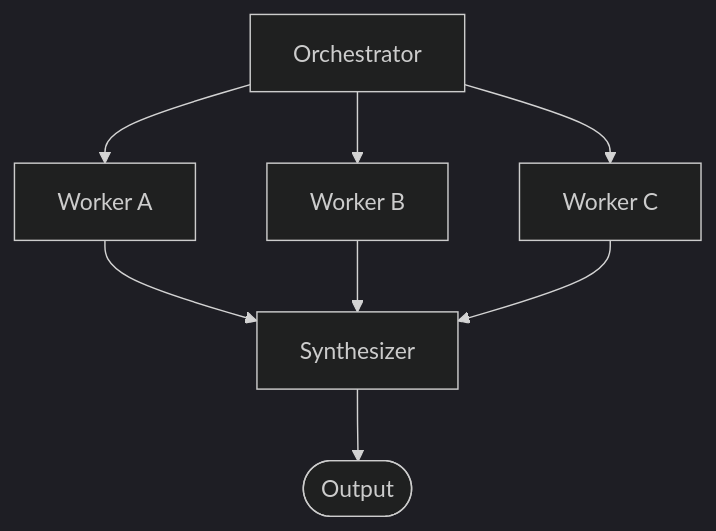
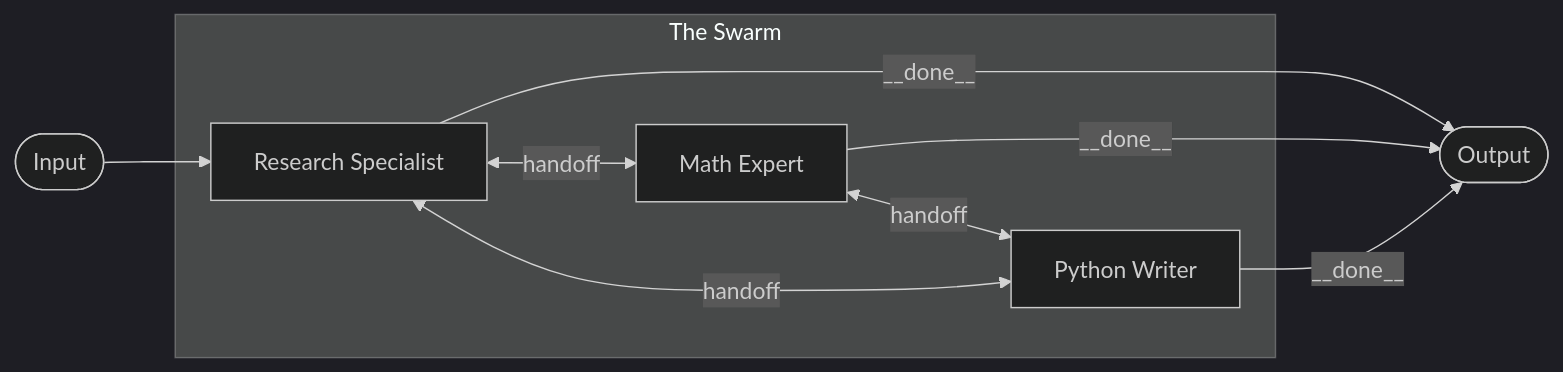
One commit to wmcmahan/mc-ai changed the diagram in apps/docs/src/content/docs/patterns/swarm.md. Above: the diagram before and after it, drawn with Mermaid (dark theme). The commit also changed other lines of this file and 38 other files, not shown here.

````diff
--- a/apps/docs/src/content/docs/patterns/swarm.md
+++ b/apps/docs/src/content/docs/patterns/swarm.md
@@ -12,10 +12,14 @@
 ```mermaid
-flowchart TB
-    Orch["Orchestrator"] --> A["Worker A"]
-    Orch --> B["Worker B"]
-    Orch --> C["Worker C"]
-    A --> Synth["Synthesizer"]
-    B --> Synth
-    C --> Synth
-    Synth --> Output(["Output"])
+flowchart LR
+    Start(["Input"]) --> A
+
+    subgraph The Swarm
+        A["Research Specialist"] <-->|handoff| B["Math Expert"]
+        B <-->|handoff| C["Python Writer"]
+        A <-->|handoff| C
+    end
+
+    A -->|"__done__"| Done(["Output"])
+    B -->|"__done__"| Done
+    C -->|"__done__"| Done
 ```
````
